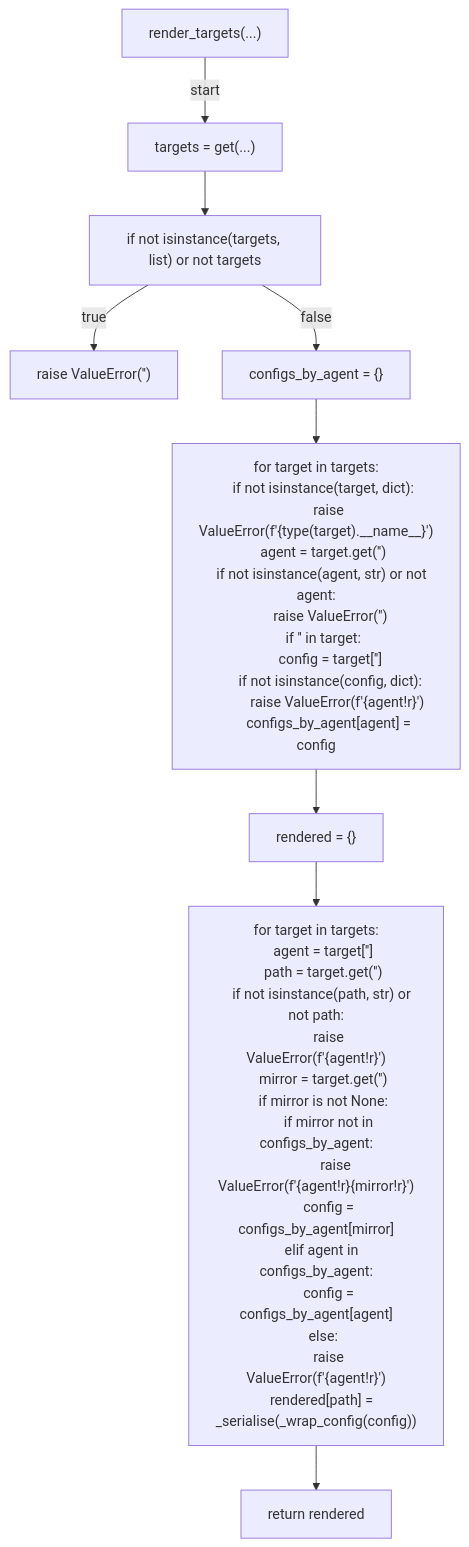
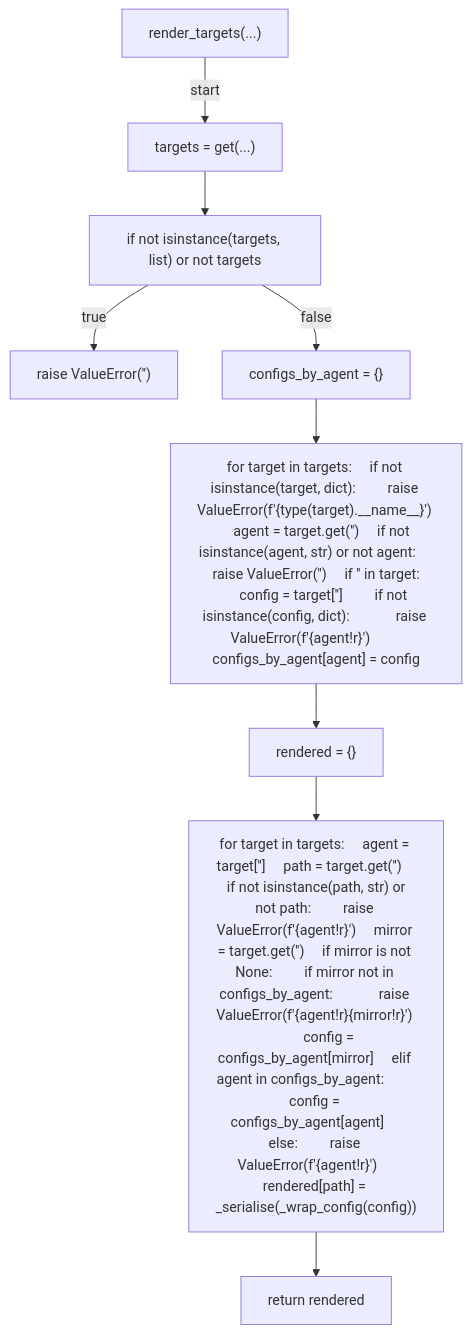
The sixth of 8 diagrams in docs/generated/scripts/ast/gen_agent_hooks.md (tvna/claude-md), drawn with Mermaid before and after one commit. The commit also changed other lines of this file and 30 other files, not shown here.

First line of the commit message:
docs(generated): regenerate decision tree and workflow diagrams (batch 2/5)

````diff
--- a/docs/generated/scripts/ast/gen_agent_hooks.md
+++ b/docs/generated/scripts/ast/gen_agent_hooks.md
@@ -87,44 +73,20 @@
 ```mermaid
 flowchart TD
     N001["render_targets(...)"]
     N002["targets = get(...)"]
     N003["if not isinstance(targets, list) or not targets"]
     N004["raise ValueError('<str>')"]
     N005["configs_by_agent = {}"]
-    N006["for target in targets:
-    if not isinstance(target, dict):
-        raise ValueError(f'<str>{type(target).__name__}')
-    agent = target.get('<str>')
-    if not isinstance(agent, str) or not agent:
-        raise ValueError('<str>')
-    if '<str>' in target:
-        config = target['<str>']
-        if not isinstance(config, dict):
-            raise ValueError(f'<str>{agent!r}<str>')
-        configs_by_agent[agent] = config"]
+    N006["for target in targets:     if not isinstance(target, dict):         raise ValueError(f'<str>{type(target).__name__}')     agent = target.get('<str>')     if not isinstance(agent, str) or not agent:         raise ValueError('<str>')     if '<str>' in target:         config = target['<str>']         if not isinstance(config, dict):             raise ValueError(f'<str>{agent!r}<str>')         configs_by_agent[agent] = config"]
     N007["rendered = {}"]
-    N008["for target in targets:
-    agent = target['<str>']
-    path = target.get('<str>')
-    if not isinstance(path, str) or not path:
-        raise ValueError(f'<str>{agent!r}<str>')
-    mirror = target.get('<str>')
-    if mirror is not None:
-        if mirror not in configs_by_agent:
-            raise ValueError(f'<str>{agent!r}<str>{mirror!r}<str>')
-        config = configs_by_agent[mirror]
-    elif agent in configs_by_agent:
-        config = configs_by_agent[agent]
-    else:
-        raise ValueError(f'<str>{agent!r}<str>')
-    rendered[path] = _serialise(_wrap_config(config))"]
+    N008["for target in targets:     agent = target['<str>']     path = target.get('<str>')     if not isinstance(path, str) or not path:         raise ValueError(f'<str>{agent!r}<str>')     mirror = target.get('<str>')     if mirror is not None:         if mirror not in configs_by_agent:             raise ValueError(f'<str>{agent!r}<str>{mirror!r}<str>')         config = configs_by_agent[mirror]     elif agent in configs_by_agent:         config = configs_by_agent[agent]     else:         raise ValueError(f'<str>{agent!r}<str>')     rendered[path] = _serialise(_wrap_config(config))"]
     N009["return rendered"]
     N001 -->|"start"| N002
     N002 --> N003
     N003 -->|"true"| N004
     N003 -->|"false"| N005
     N005 --> N006
     N006 --> N007
     N007 --> N008
     N008 --> N009
 ```
````
